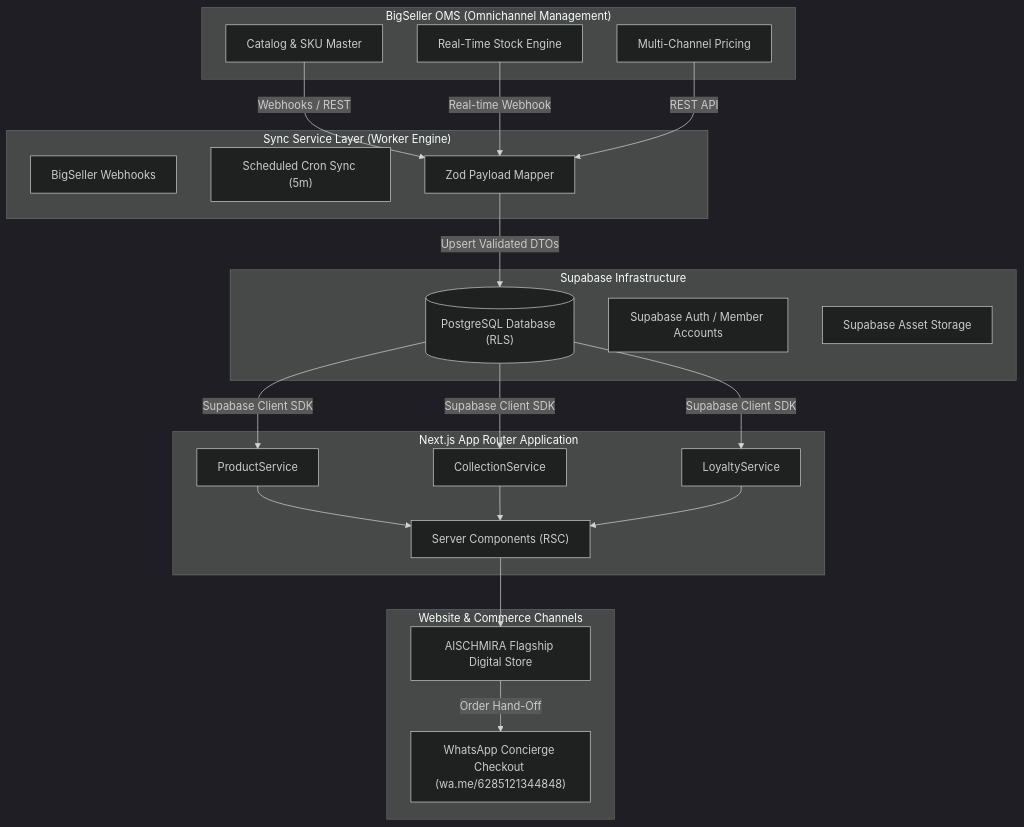
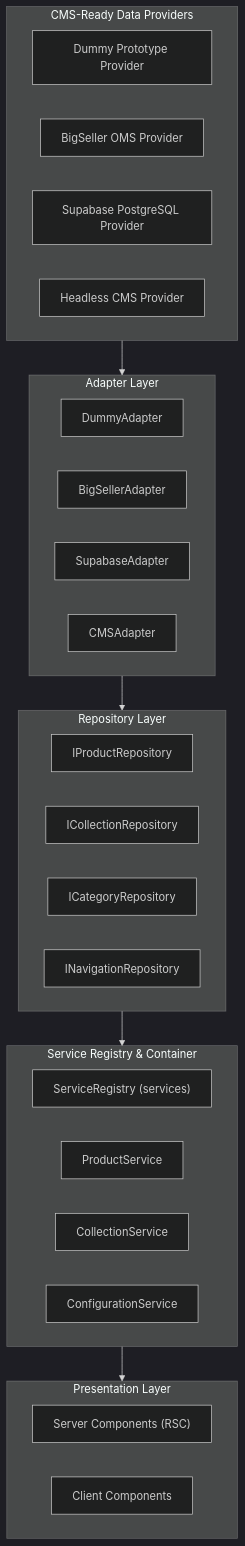
The diagram in API_STRATEGY.md (rausanfikri/aischmira-store), drawn with Mermaid (dark theme) before and after one commit. The commit also changed other lines of this file and 42 other files, not shown here.

Commit message:
feat: implement extensible data provider architecture with modular services and initial UI components

````diff
--- a/API_STRATEGY.md
+++ b/API_STRATEGY.md
@@ -12,49 +12,40 @@
 ```mermaid
 flowchart TD
-    subgraph OMS["BigSeller OMS (Omnichannel Management)"]
-        BS_CATALOG["Catalog & SKU Master"]
-        BS_INVENTORY["Real-Time Stock Engine"]
-        BS_PRICING["Multi-Channel Pricing"]
+    subgraph PROVIDERS["CMS-Ready Data Providers"]
+        P_DUMMY["Dummy Prototype Provider"]
+        P_BIGSELLER["BigSeller OMS Provider"]
+        P_SUPABASE["Supabase PostgreSQL Provider"]
+        P_CMS["Headless CMS Provider"]
     end
 
-    subgraph SYNC["Sync Service Layer (Worker Engine)"]
-        WEBHOOK["BigSeller Webhooks"]
-        CRON["Scheduled Cron Sync (5m)"]
-        MAPPER["Zod Payload Mapper"]
+    subgraph ADAP["Adapter Layer"]
+        A_DUMMY["DummyAdapter"]
+        A_BIGSELLER["BigSellerAdapter"]
+        A_SUPABASE["SupabaseAdapter"]
+        A_CMS["CMSAdapter"]
     end
 
-    subgraph DB["Supabase Infrastructure"]
-        PG_DB[("PostgreSQL Database (RLS)")]
-        AUTH["Supabase Auth / Member Accounts"]
-        STORAGE["Supabase Asset Storage"]
+    subgraph REPO["Repository Layer"]
+        R_PROD["IProductRepository"]
+        R_COLL["ICollectionRepository"]
+        R_CAT["ICategoryRepository"]
+        R_NAV["INavigationRepository"]
     end
 
-    subgraph NEXT["Next.js App Router Application"]
-        SVC_PROD["ProductService"]
-        SVC_COLL["CollectionService"]
-        SVC_LOYALTY["LoyaltyService"]
-        SERVER_COMP["Server Components (RSC)"]
+    subgraph SVC["Service Registry & Container"]
+        REGISTRY["ServiceRegistry (services)"]
+        S_PROD["ProductService"]
+        S_COLL["CollectionService"]
+        S_CONFIG["ConfigurationService"]
     end
 
-    subgraph UI["Website & Commerce Channels"]
-        WEB["AISCHMIRA Flagship Digital Store"]
-        WA["WhatsApp Concierge Checkout (wa.me/6285121344848)"]
+    subgraph UI["Presentation Layer"]
+        RSC["Server Components (RSC)"]
+        CLIENT["Client Components"]
     end
 
-    BS_CATALOG -->|Webhooks / REST| MAPPER
-    BS_INVENTORY -->|Real-time Webhook| MAPPER
-    BS_PRICING -->|REST API| MAPPER
-
-    MAPPER -->|Upsert Validated DTOs| PG_DB
-
-    PG_DB -->|Supabase Client SDK| SVC_PROD
-    PG_DB -->|Supabase Client SDK| SVC_COLL
-    PG_DB -->|Supabase Client SDK| SVC_LOYALTY
-
-    SVC_PROD --> SERVER_COMP
-    SVC_COLL --> SERVER_COMP
-    SVC_LOYALTY --> SERVER_COMP
-
-    SERVER_COMP --> WEB
-    WEB -->|Order Hand-Off| WA
+    PROVIDERS --> ADAP
+    ADAP --> REPO
+    REPO --> SVC
+    SVC --> UI
 ```
````
